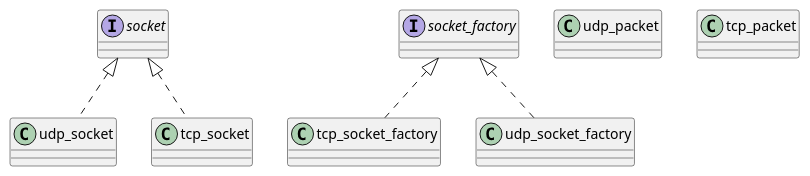
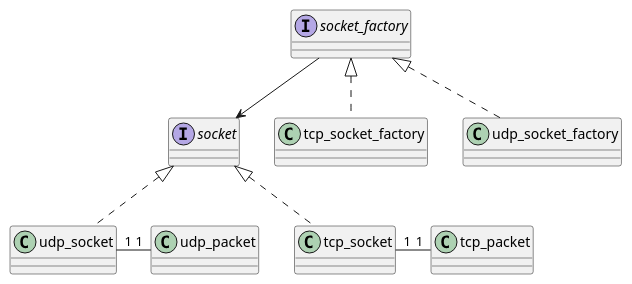
Before and after one commit to detective-sokka/SocketProgramming: the diagram in design.plantuml, drawn with PlantUML. The commit also changed 1 other file, not shown here.

Commit message:
Update class diagram

```diff
--- a/design.plantuml
+++ b/design.plantuml
@@ -1,18 +1,23 @@
 @startuml class_design
 
 interface socket
 class udp_socket
 class tcp_socket
 interface socket_factory
 class tcp_socket_factory
 class udp_socket_factory
 class udp_packet
 class tcp_packet
 
 socket <|.. udp_socket
 socket <|.. tcp_socket
 
 socket_factory <|.. tcp_socket_factory
 socket_factory <|.. udp_socket_factory
 
+socket_factory --> socket
+
+udp_socket "1" - "1" udp_packet
+tcp_socket "1" - "1" tcp_packet
+
 @enduml
```
